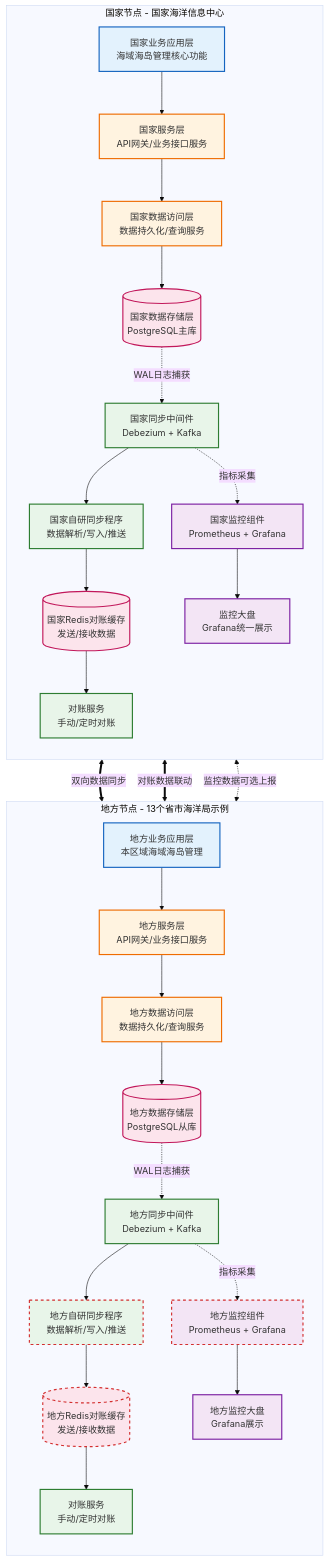
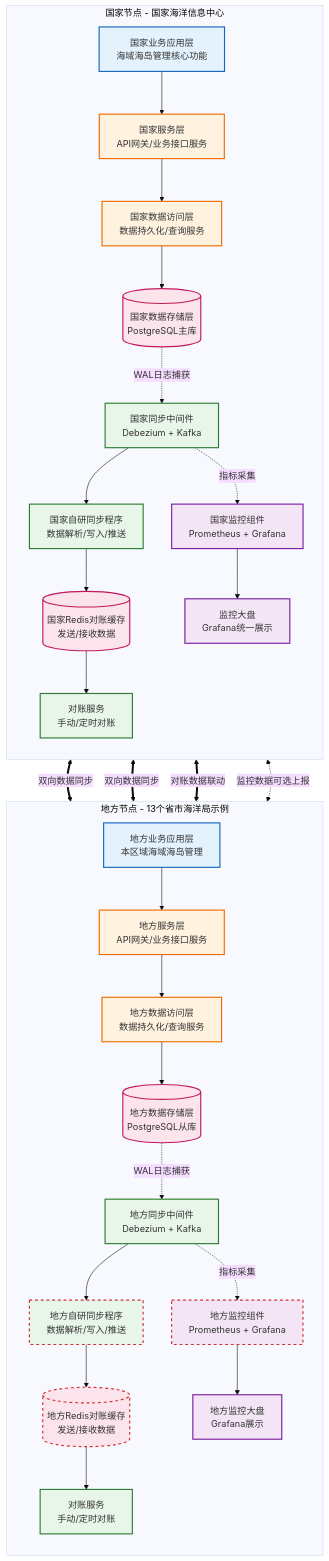
Before and after one commit to MyJohn2/iodraw-files: the diagram in all/未命名-1.md, drawn with Mermaid (base theme).

Commit message:
2026-03-03 18:36:20 update

````diff
--- a/all/未命名-1.md
+++ b/all/未命名-1.md
@@ -1,70 +1,71 @@
 ```mermaid
 flowchart TD
     %% 定义样式
     classDef app fill:#e3f2fd,stroke:#1565c0,stroke-width:2px;
     classDef service fill:#fff3e0,stroke:#ef6c00,stroke-width:2px;
     classDef data fill:#fce4ec,stroke:#c2185b,stroke-width:2px;
     classDef sync fill:#e8f5e9,stroke:#2e7d32,stroke-width:2px;
     classDef monitor fill:#f3e5f5,stroke:#7b1fa2,stroke-width:2px;
     classDef linkLine stroke:#d32f2f,stroke-width:2px,stroke-dasharray: 5 5;
 
     %% 国家节点 - 修复了标题括号问题
     subgraph NationNode [国家节点 - 国家海洋信息中心]
         direction TB
         A1[国家业务应用层<br/>海域海岛管理核心功能]:::app
         B1[国家服务层<br/>API网关/业务接口服务]:::service
         C1[国家数据访问层<br/>数据持久化/查询服务]:::service
         D1[(国家数据存储层<br/>PostgreSQL主库)]:::data
         E1[国家同步中间件<br/>Debezium + Kafka]:::sync
         F1[国家自研同步程序<br/>数据解析/写入/推送]:::sync
         G1[(国家Redis对账缓存<br/>发送/接收数据)]:::data
         H1[国家监控组件<br/>Prometheus + Grafana]:::monitor
         I1[对账服务<br/>手动/定时对账]:::sync
         J1[监控大盘<br/>Grafana统一展示]:::monitor
 
         A1 --> B1
         B1 --> C1
         C1 --> D1
         D1 -.->|WAL日志捕获 | E1
         E1 --> F1
         F1 --> G1
         E1 -.->|指标采集 | H1
         G1 --> I1
         H1 --> J1
     end
     
     %% 地方节点 - 修复了标题括号问题
     subgraph LocalNode [地方节点 - 13个省市海洋局示例]
         direction TB
         A2[地方业务应用层<br/>本区域海域海岛管理]:::app
         B2[地方服务层<br/>API网关/业务接口服务]:::service
         C2[地方数据访问层<br/>数据持久化/查询服务]:::service
         D2[(地方数据存储层<br/>PostgreSQL从库)]:::data
         E2[地方同步中间件<br/>Debezium + Kafka]:::sync
         F2[地方自研同步程序<br/>数据解析/写入/推送]:::sync
         G2[(地方Redis对账缓存<br/>发送/接收数据)]:::data
         H2[地方监控组件<br/>Prometheus + Grafana]:::monitor
         I2[对账服务<br/>手动/定时对账]:::sync
         J2[地方监控大盘<br/>Grafana展示]:::monitor
 
         A2 --> B2
         B2 --> C2
         C2 --> D2
         D2 -.->|WAL日志捕获 | E2
         E2 --> F2
         F2 --> G2
         E2 -.->|指标采集 | H2
         G2 --> I2
         H2 --> J2
     end
     
     %% 跨节点交互
     F1 <==>|双向数据同步 | F2:::linkLine
+    E1 <==>|双向数据同步 | F2:::linkLine
     G1 <==>|对账数据联动 | G2:::linkLine
     H1 <-.->|监控数据可选上报 | H2:::linkLine
-    E1
+    
 
 
 
 
 ```
````
